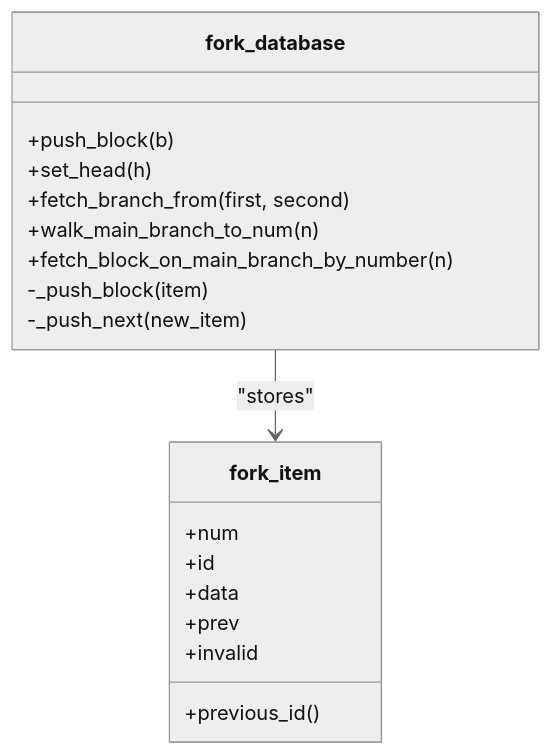
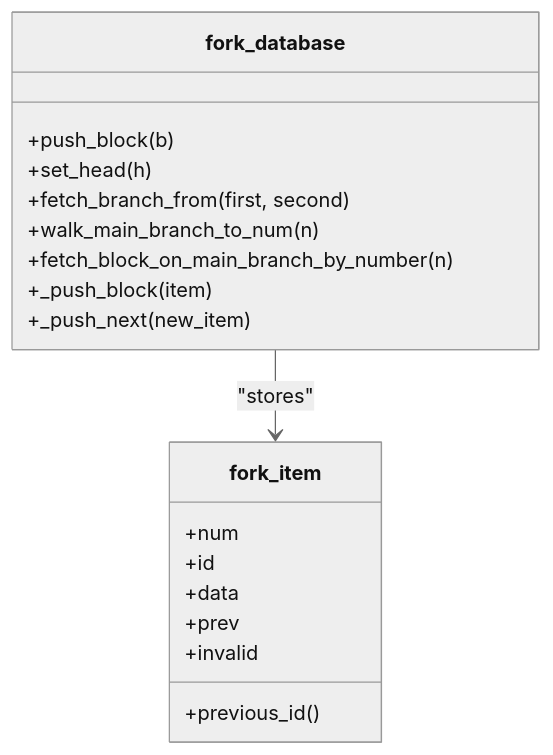
One commit to VIZ-Blockchain/viz-cpp-node changed the fourth of 9 diagrams in .qoder/repowiki/en/content/Architecture Overview/Data Flow and Processing/Block Processing and Validation.md. Above: the diagram before and after it, drawn with Mermaid (neutral theme). The commit also changed other lines of this file and 5 other files, not shown here.

````diff
--- a/.qoder/repowiki/en/content/Architecture Overview/Data Flow and Processing/Block Processing and Validation.md
+++ b/.qoder/repowiki/en/content/Architecture Overview/Data Flow and Processing/Block Processing and Validation.md
@@ -185,21 +214,21 @@
 ```mermaid
 classDiagram
 class fork_database {
 +push_block(b)
 +set_head(h)
 +fetch_branch_from(first, second)
 +walk_main_branch_to_num(n)
 +fetch_block_on_main_branch_by_number(n)
--_push_block(item)
--_push_next(new_item)
++_push_block(item)
++_push_next(new_item)
 }
 class fork_item {
 +num
 +id
 +data
 +prev
 +invalid
 +previous_id()
 }
 fork_database --> fork_item : "stores"
 ```
````
